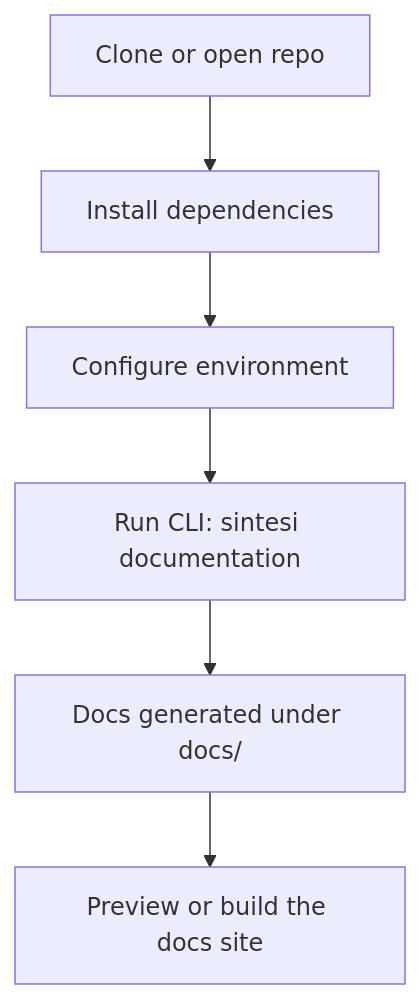
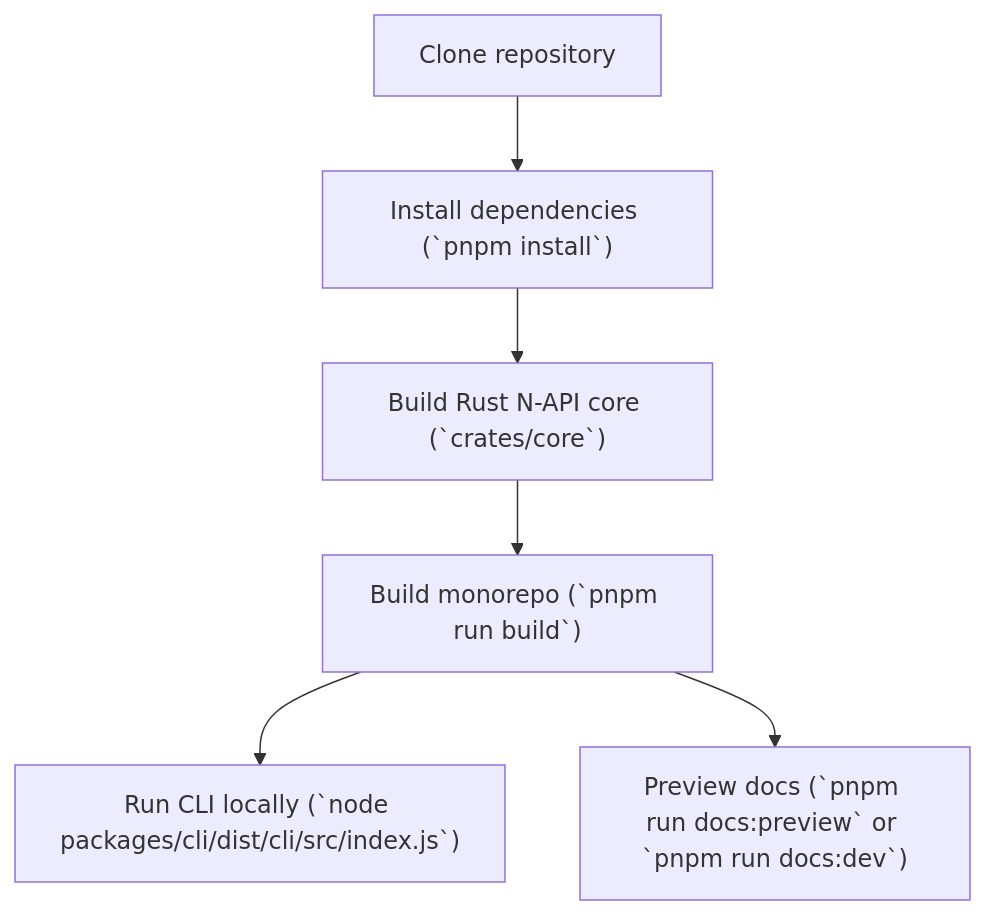
Before and after one commit to doctypedev/sintesi: the diagram in docs/guides/getting-started.md, drawn with Mermaid. The commit also changed other lines of this file and 15 other files, not shown here.

Commit message:
docs: restructure and update documentation by deleting RAG concept, dev setup, and old CI guides, and adding new build, NAPI, configuration, and troubleshooting guides [skip ci]

````diff
--- a/docs/guides/getting-started.md
+++ b/docs/guides/getting-started.md
@@ -12,8 +25,8 @@
 ```mermaid
 flowchart TD
-    A[Clone or open repo] --> B[Install dependencies]
-    B --> C[Configure environment]
-    C --> D[Run CLI: sintesi documentation]
-    D --> E[Docs generated under docs/]
-    E --> F[Preview or build the docs site]
+  A["Clone repository"] --> B["Install dependencies (`pnpm install`)"]
+  B --> C["Build Rust N-API core (`crates/core`)"]
+  C --> D["Build monorepo (`pnpm run build`)"]
+  D --> E["Run CLI locally (`node packages/cli/dist/cli/src/index.js`)"]
+  D --> F["Preview docs (`pnpm run docs:preview` or `pnpm run docs:dev`)"]
 ```
````
